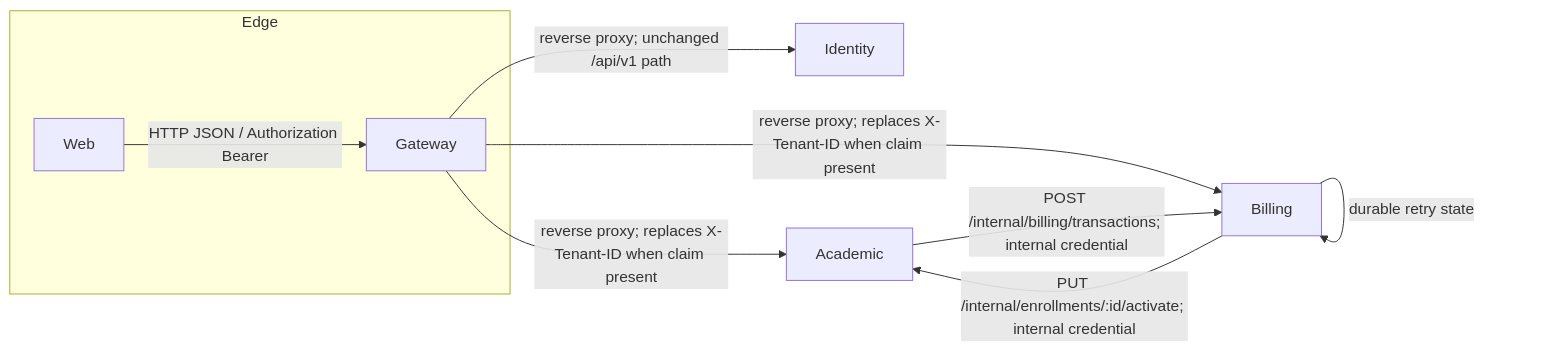
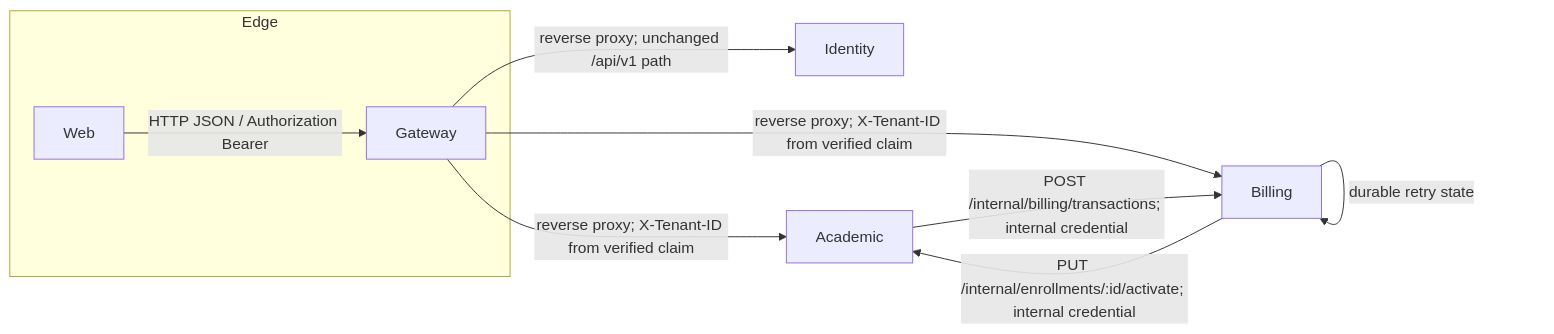
Before and after one commit to kelolakelas/kelolakelas-docs: the diagram in docs/02-architecture.md, drawn with Mermaid. The commit also changed other lines of this file and 14 other files, not shown here.

````diff
--- a/docs/02-architecture.md
+++ b/docs/02-architecture.md
@@ -13,12 +13,12 @@
 ```mermaid
 flowchart LR
   subgraph Edge
     Web -->|HTTP JSON / Authorization Bearer| Gateway
   end
   Gateway -->|reverse proxy; unchanged /api/v1 path| Identity
-  Gateway -->|reverse proxy; replaces X-Tenant-ID when claim present| Academic
-  Gateway -->|reverse proxy; replaces X-Tenant-ID when claim present| Billing
+  Gateway -->|reverse proxy; X-Tenant-ID from verified claim| Academic
+  Gateway -->|reverse proxy; X-Tenant-ID from verified claim| Billing
   Academic -->|POST /internal/billing/transactions; internal credential| Billing
   Billing -->|PUT /internal/enrollments/:id/activate; internal credential| Academic
   Billing -->|durable retry state| Billing
 ```
````
